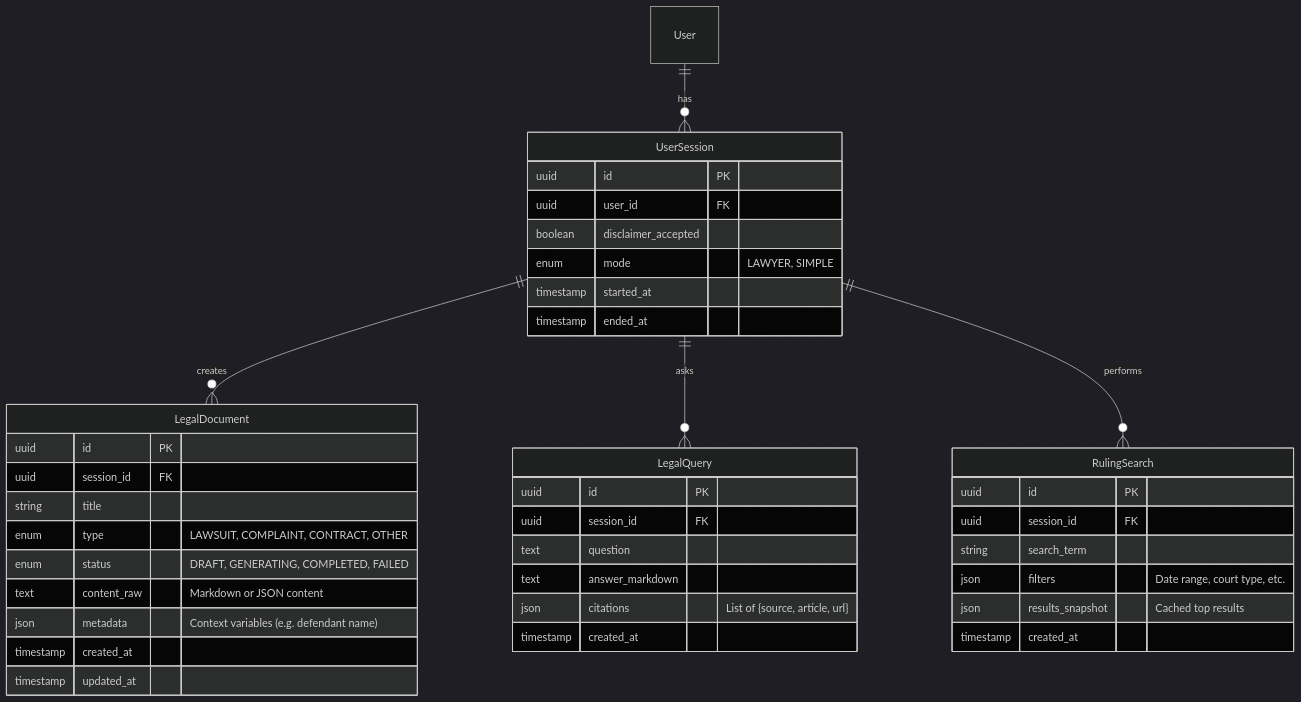
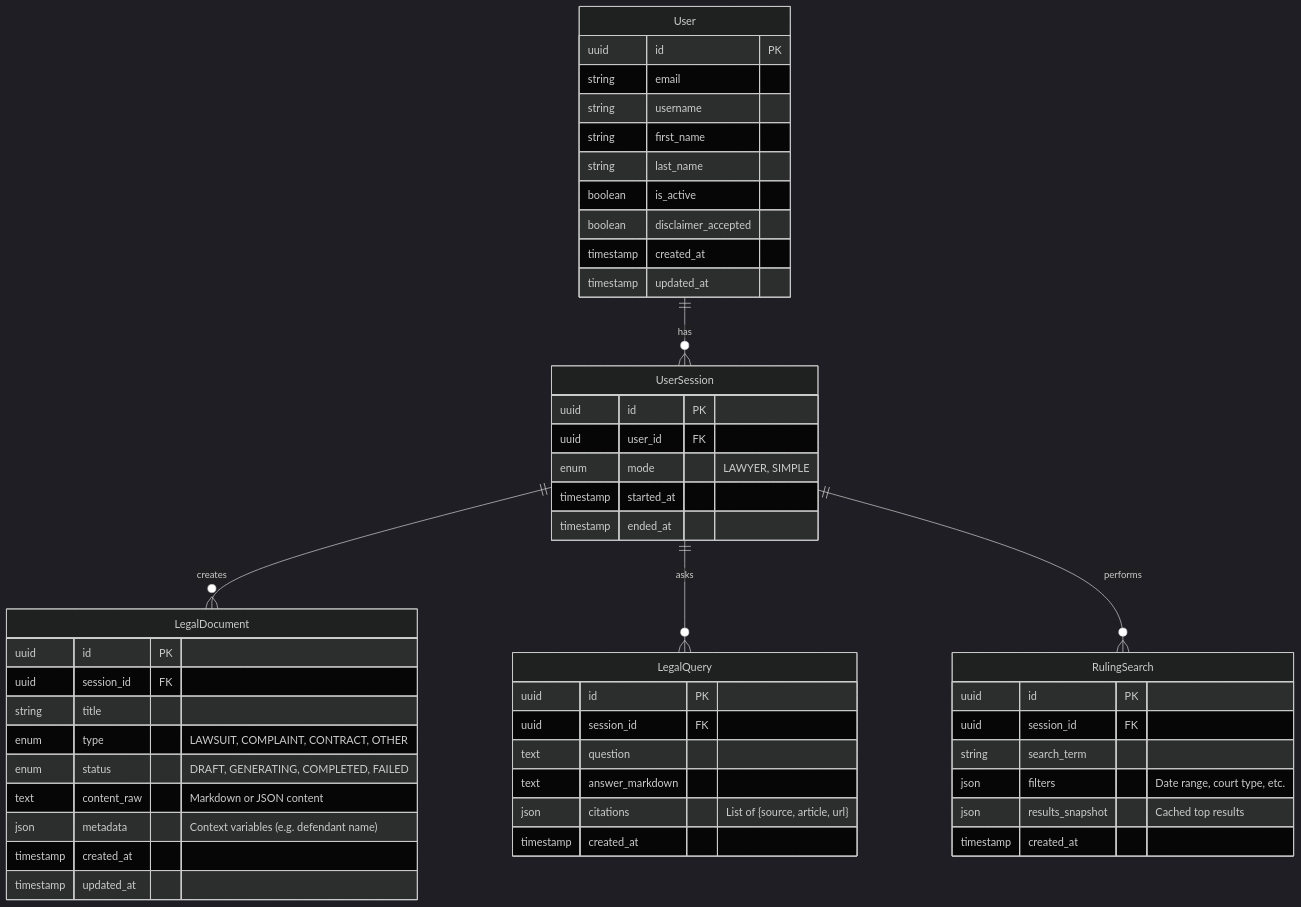
One commit to pdeszynski/legal-adviser changed the diagram in specs/002-legal-ai-core/data-model.md. Above: the diagram before and after it, drawn with Mermaid (dark theme). The commit also changed other lines of this file and 21 other files, not shown here.

````diff
--- a/specs/002-legal-ai-core/data-model.md
+++ b/specs/002-legal-ai-core/data-model.md
@@ -5,46 +5,57 @@
 ```mermaid
 erDiagram
     User ||--o{ UserSession : has
     UserSession ||--o{ LegalDocument : creates
     UserSession ||--o{ LegalQuery : asks
     UserSession ||--o{ RulingSearch : performs
 
+    User {
+        uuid id PK
+        string email
+        string username
+        string first_name
+        string last_name
+        boolean is_active
+        boolean disclaimer_accepted
+        timestamp created_at
+        timestamp updated_at
+    }
+
     UserSession {
         uuid id PK
         uuid user_id FK
-        boolean disclaimer_accepted
         enum mode "LAWYER, SIMPLE"
         timestamp started_at
         timestamp ended_at
     }
 
     LegalDocument {
         uuid id PK
         uuid session_id FK
         string title
         enum type "LAWSUIT, COMPLAINT, CONTRACT, OTHER"
         enum status "DRAFT, GENERATING, COMPLETED, FAILED"
         text content_raw "Markdown or JSON content"
         json metadata "Context variables (e.g. defendant name)"
         timestamp created_at
         timestamp updated_at
     }
 
     LegalQuery {
         uuid id PK
         uuid session_id FK
         text question
         text answer_markdown
         json citations "List of {source, article, url}"
         timestamp created_at
     }
 
     RulingSearch {
         uuid id PK
         uuid session_id FK
         string search_term
         json filters "Date range, court type, etc."
         json results_snapshot "Cached top results"
         timestamp created_at
     }
 ```
````
